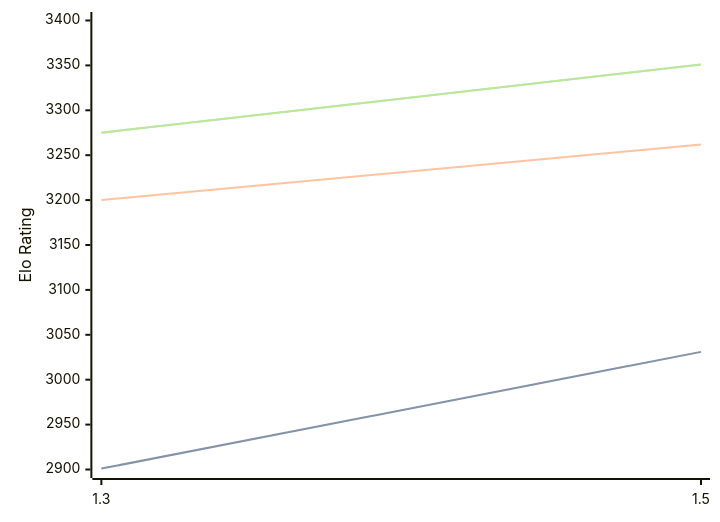
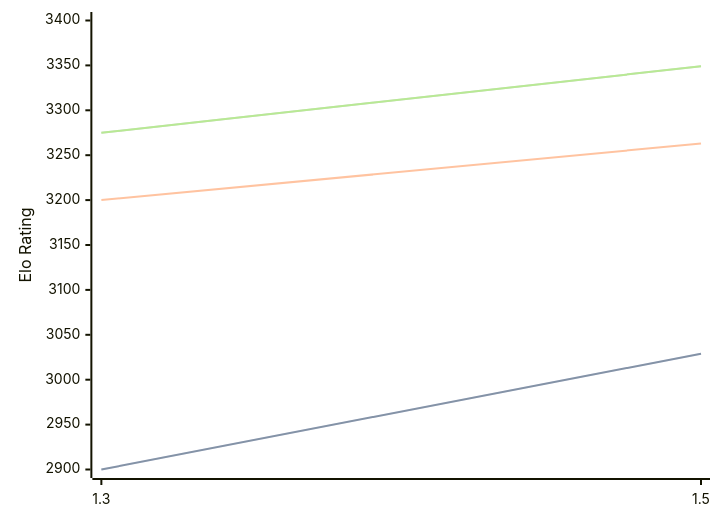
One commit to computer-chess-index/cci changed the diagram in engines/Lambergar.md. Above: the diagram before and after it, drawn with Mermaid. The commit also changed other lines of this file, not shown here.

Commit message:
Update CCI Ratings (ELO VLTC) - 2026-08-04

````diff
--- a/engines/Lambergar.md
+++ b/engines/Lambergar.md
@@ -44,11 +44,11 @@
 ```mermaid
 %%{init: {"theme":"base","themeVariables":{"seriesColors:['#a3a3a3','#222221','#faa371']}}}%%
 xychart-beta
   x-axis ["1.3", "1.5"]
   y-axis "Elo Rating" 2900 --> 3400
-  line "STC (8.0+0.08s)" [2901, 3031]
-  line "STC (8.0+0.08s)" [2901, 3031]
-  line "LTC (60.0+0.60s)" [3200, 3262]
-  line "VLTC (2m24s+1.12s)" [3275, 3351]
-  line "VLTC (2m24s+1.12s)" [3275, 3351]
+  line "STC (8.0+0.08s)" [2900, 3029]
+  line "STC (8.0+0.08s)" [2900, 3029]
+  line "LTC (60.0+0.60s)" [3200, 3263]
+  line "VLTC (2m24s+1.12s)" [3275, 3349]
+  line "VLTC (2m24s+1.12s)" [3275, 3349]
 ```
````
